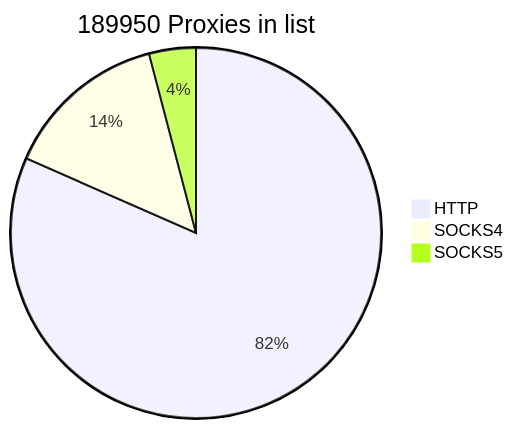
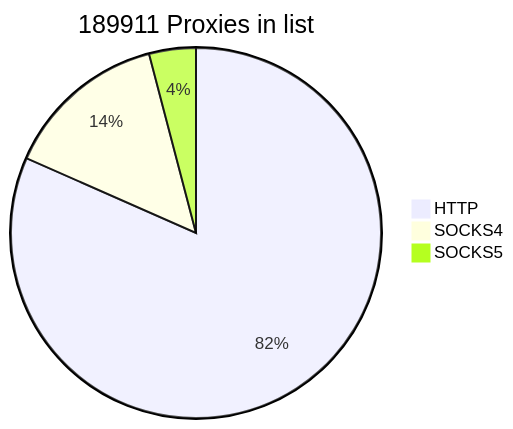
Before and after one commit to cutipu/proxylist: the first of 2 diagrams in README.md, drawn with Mermaid. The commit also changed other lines of this file, not shown here.

````diff
--- a/README.md
+++ b/README.md
@@ -2,7 +2,7 @@
 ```mermaid
-pie title 189950 Proxies in list
-    "HTTP" : 154990
-    "SOCKS4" : 27207
+pie title 189911 Proxies in list
+    "HTTP" : 154989
+    "SOCKS4" : 27169
     "SOCKS5" : 7753
             
 ```
````
